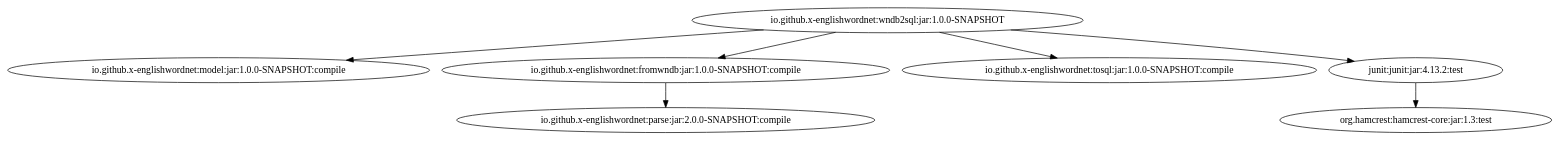
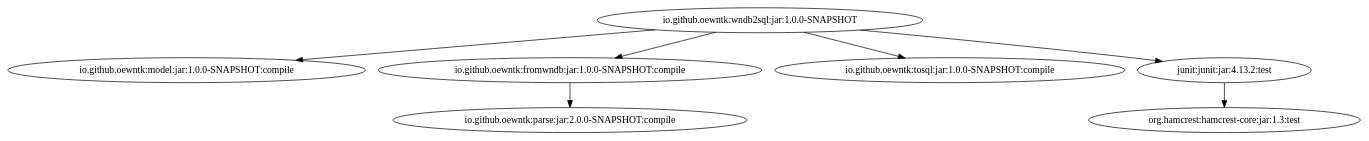
The diagram in images/grind-yaml2wndb.dot (oewntk/grind_wndb2sql), drawn with Graphviz before and after one commit. The commit also changed 4 other files, not shown here.

```diff
--- a/images/grind-yaml2wndb.dot
+++ b/images/grind-yaml2wndb.dot
@@ -1,8 +1,8 @@
-digraph "io.github.x-englishwordnet:wndb2sql:jar:1.0.0-SNAPSHOT" { 
-	"io.github.x-englishwordnet:wndb2sql:jar:1.0.0-SNAPSHOT" -> "io.github.x-englishwordnet:model:jar:1.0.0-SNAPSHOT:compile" ; 
-	"io.github.x-englishwordnet:wndb2sql:jar:1.0.0-SNAPSHOT" -> "io.github.x-englishwordnet:fromwndb:jar:1.0.0-SNAPSHOT:compile" ; 
-	"io.github.x-englishwordnet:wndb2sql:jar:1.0.0-SNAPSHOT" -> "io.github.x-englishwordnet:tosql:jar:1.0.0-SNAPSHOT:compile" ; 
-	"io.github.x-englishwordnet:wndb2sql:jar:1.0.0-SNAPSHOT" -> "junit:junit:jar:4.13.2:test" ; 
-	"io.github.x-englishwordnet:fromwndb:jar:1.0.0-SNAPSHOT:compile" -> "io.github.x-englishwordnet:parse:jar:2.0.0-SNAPSHOT:compile" ; 
+digraph "io.github.oewntk:wndb2sql:jar:1.0.0-SNAPSHOT" {
+	"io.github.oewntk:wndb2sql:jar:1.0.0-SNAPSHOT" -> "io.github.oewntk:model:jar:1.0.0-SNAPSHOT:compile" ;
+	"io.github.oewntk:wndb2sql:jar:1.0.0-SNAPSHOT" -> "io.github.oewntk:fromwndb:jar:1.0.0-SNAPSHOT:compile" ;
+	"io.github.oewntk:wndb2sql:jar:1.0.0-SNAPSHOT" -> "io.github.oewntk:tosql:jar:1.0.0-SNAPSHOT:compile" ;
+	"io.github.oewntk:wndb2sql:jar:1.0.0-SNAPSHOT" -> "junit:junit:jar:4.13.2:test" ;
+	"io.github.oewntk:fromwndb:jar:1.0.0-SNAPSHOT:compile" -> "io.github.oewntk:parse:jar:2.0.0-SNAPSHOT:compile" ;
 	"junit:junit:jar:4.13.2:test" -> "org.hamcrest:hamcrest-core:jar:1.3:test" ; 
  } 
```
